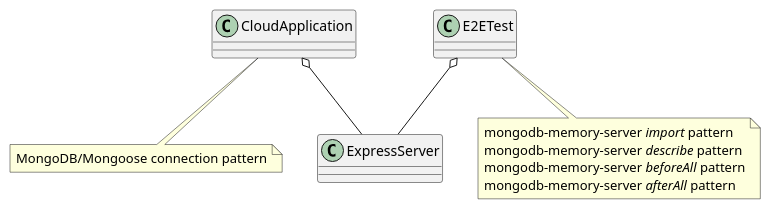
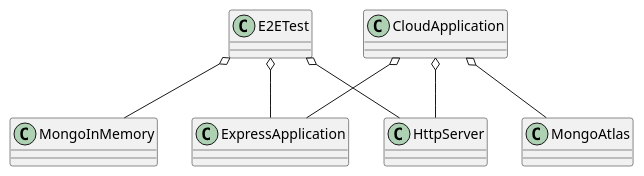
The diagram in documents/e2e/e2e.puml (RodrigoMattosoSilveira/chess-tournament-swiss), drawn with PlantUML before and after one commit. The commit also changed 4 other files, not shown here.

```diff
--- a/documents/e2e/e2e.puml
+++ b/documents/e2e/e2e.puml
@@ -1,22 +1,18 @@
 @startuml
 'https://plantuml.com/class-diagram
 
-class ExpressServer
+class CloudApplication
+class E2ETest
+class ExpressApplication
+class HttpServer
+class MongoAtlas
+class MongoInMemory
 
-class CloudApplication
-note bottom of CloudApplication
-     MongoDB/Mongoose connection pattern
-end note
+CloudApplication o-- ExpressApplication
+CloudApplication o-- HttpServer
+CloudApplication o-- MongoAtlas
 
-class E2ETest
-note bottom of E2ETest
-     mongodb-memory-server <i>import</i> pattern
-     mongodb-memory-server <i>describe</i> pattern
-     mongodb-memory-server <i>beforeAll</i> pattern
-     mongodb-memory-server <i>afterAll</i> pattern
-end note
-
-CloudApplication o-- ExpressServer
-
-E2ETest  o-- ExpressServer
+E2ETest o-- ExpressApplication
+E2ETest o-- HttpServer
+E2ETest o-- MongoInMemory
 @enduml
```
